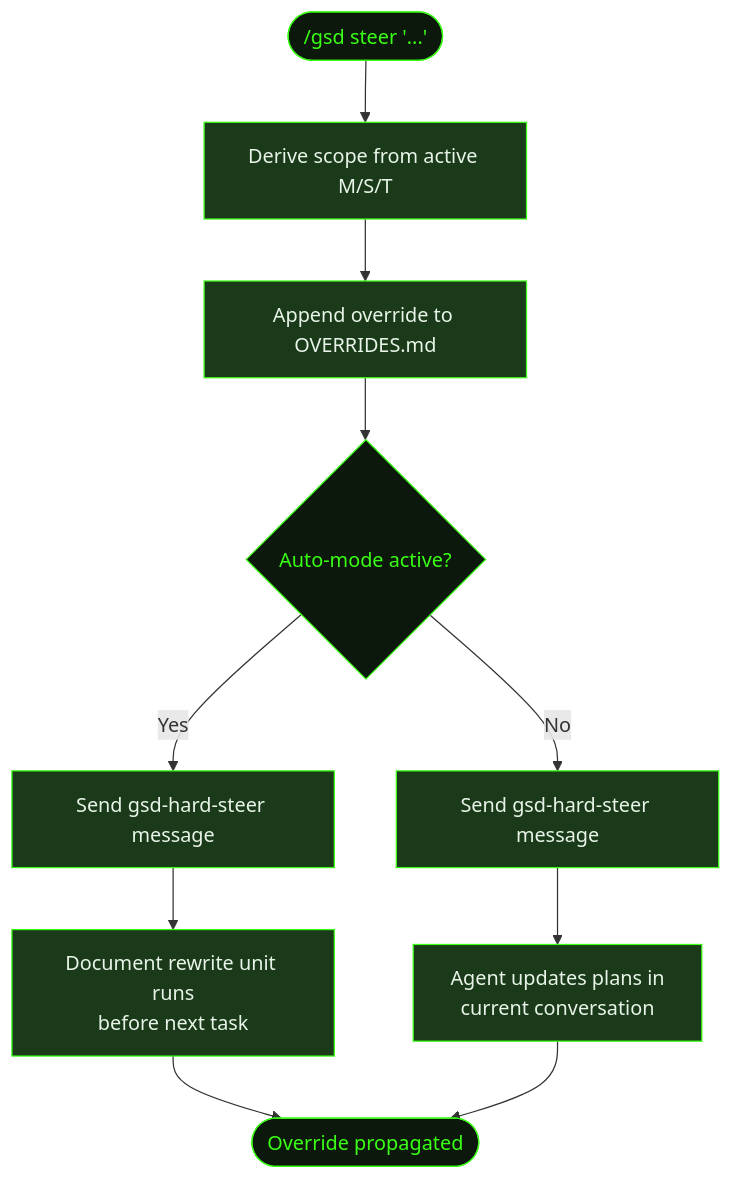
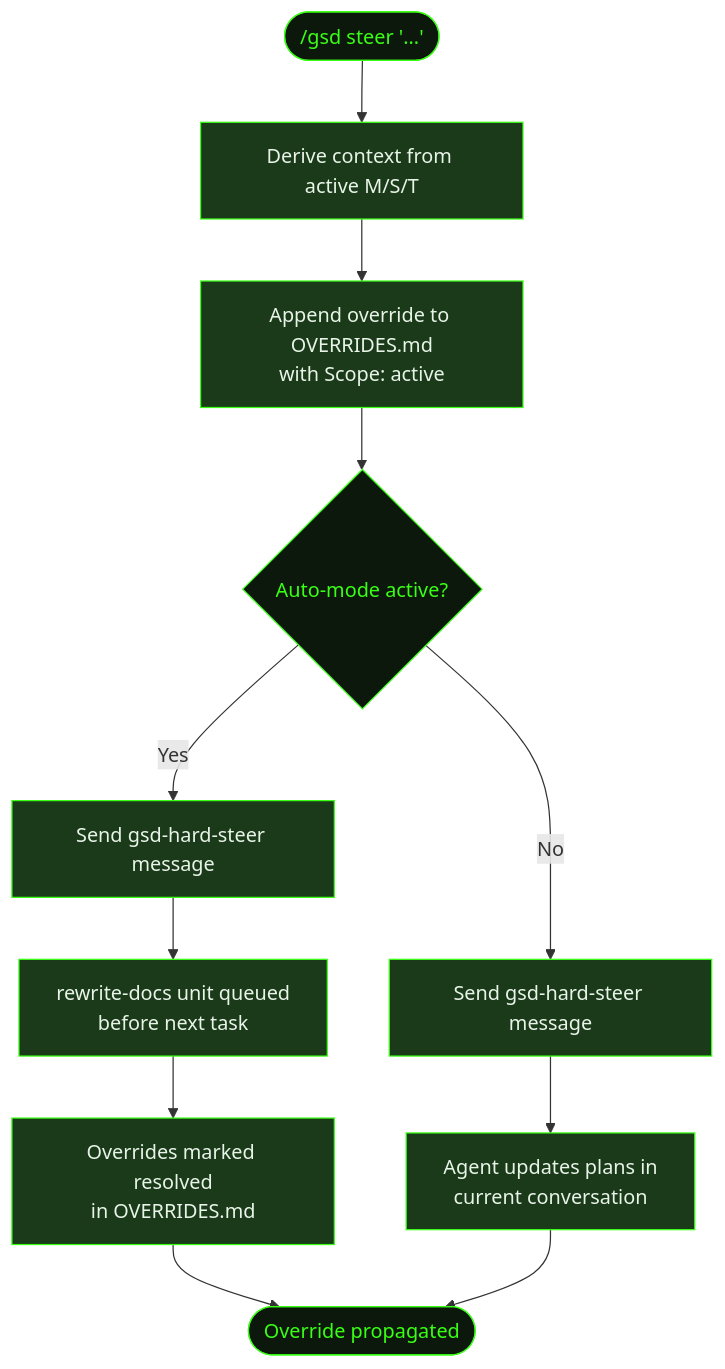
One commit to shusha-group/gsd2-guide changed the diagram in src/content/docs/commands/steer.mdx. Above: the diagram before and after it, drawn with Mermaid. The commit also changed other lines of this file and 49 other files, not shown here.

````diff
--- a/src/content/docs/commands/steer.mdx
+++ b/src/content/docs/commands/steer.mdx
@@ -30,22 +30,24 @@
 ```mermaid
 flowchart TD
-    Start(["/gsd steer '...'"]) --> Scope[Derive scope from active M/S/T]
-    Scope --> Save[Append override to OVERRIDES.md]
+    Start(["/gsd steer '...'"]) --> Scope[Derive context from active M/S/T]
+    Scope --> Save[Append override to OVERRIDES.md<br/>with Scope: active]
     Save --> Mode{Auto-mode active?}
     Mode -->|Yes| Active[Send gsd-hard-steer message]
-    Active --> Rewrite[Document rewrite unit runs<br/>before next task]
-    Rewrite --> Done([Override propagated])
+    Active --> Rewrite[rewrite-docs unit queued<br/>before next task]
+    Rewrite --> Resolved[Overrides marked resolved<br/>in OVERRIDES.md]
+    Resolved --> Done([Override propagated])
     Mode -->|No| Inactive[Send gsd-hard-steer message]
     Inactive --> Manual[Agent updates plans in<br/>current conversation]
     Manual --> Done
 
     style Start fill:#0d180d,stroke:#39ff14,color:#39ff14
     style Scope fill:#1a3a1a,stroke:#39ff14,color:#e8f4e8
     style Save fill:#1a3a1a,stroke:#39ff14,color:#e8f4e8
     style Mode fill:#0d180d,stroke:#39ff14,color:#39ff14
     style Active fill:#1a3a1a,stroke:#39ff14,color:#e8f4e8
     style Rewrite fill:#1a3a1a,stroke:#39ff14,color:#e8f4e8
+    style Resolved fill:#1a3a1a,stroke:#39ff14,color:#e8f4e8
     style Inactive fill:#1a3a1a,stroke:#39ff14,color:#e8f4e8
     style Manual fill:#1a3a1a,stroke:#39ff14,color:#e8f4e8
     style Done fill:#0d180d,stroke:#39ff14,color:#39ff14
 ```
````
